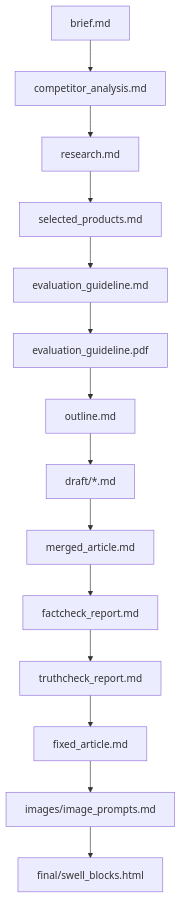
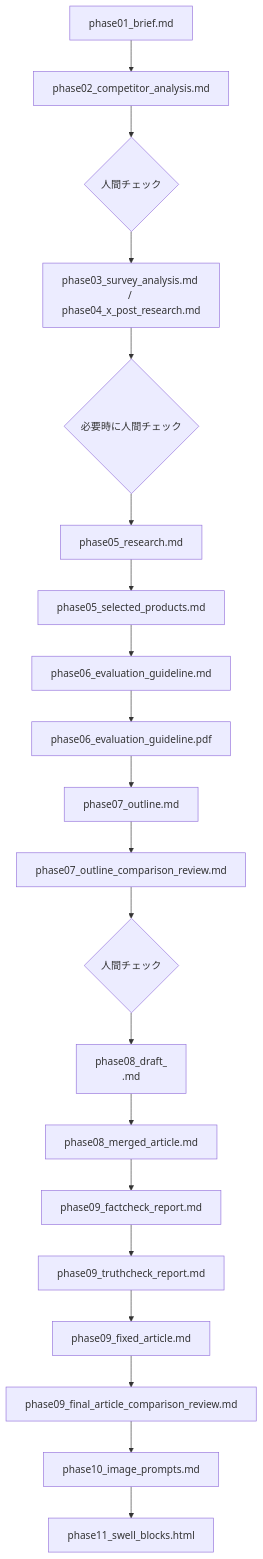
One commit to dentaku777/codex-agent-article-v1 changed the third of 3 diagrams in docs/article_workflow.md. Above: the diagram before and after it, drawn with Mermaid. The commit also changed other lines of this file and 33 other files, not shown here.

````diff
--- a/docs/article_workflow.md
+++ b/docs/article_workflow.md
@@ -82,16 +107,22 @@
 ```mermaid
 flowchart TD
-  A[brief.md] --> B[competitor_analysis.md]
-  B --> C[research.md]
-  C --> D[selected_products.md]
-  D --> E[evaluation_guideline.md]
-  E --> F[evaluation_guideline.pdf]
-  F --> G[outline.md]
-  G --> H[draft/*.md]
-  H --> I[merged_article.md]
-  I --> J[factcheck_report.md]
-  J --> K[truthcheck_report.md]
-  K --> L[fixed_article.md]
-  L --> M[images/image_prompts.md]
-  M --> N[final/swell_blocks.html]
+  A[phase01_brief.md] --> B[phase02_competitor_analysis.md]
+  B --> BCheck{人間チェック}
+  BCheck --> C[phase03_survey_analysis.md / phase04_x_post_research.md]
+  C --> CCheck{必要時に人間チェック}
+  CCheck --> D[phase05_research.md]
+  D --> E[phase05_selected_products.md]
+  E --> F[phase06_evaluation_guideline.md]
+  F --> G[phase06_evaluation_guideline.pdf]
+  G --> H[phase07_outline.md]
+  H --> HR[phase07_outline_comparison_review.md]
+  HR --> HCheck{人間チェック}
+  HCheck --> I[phase08_draft_<section>.md]
+  I --> J[phase08_merged_article.md]
+  J --> K[phase09_factcheck_report.md]
+  K --> L[phase09_truthcheck_report.md]
+  L --> M[phase09_fixed_article.md]
+  M --> MR[phase09_final_article_comparison_review.md]
+  MR --> N[phase10_image_prompts.md]
+  N --> O[phase11_swell_blocks.html]
 ```
````
